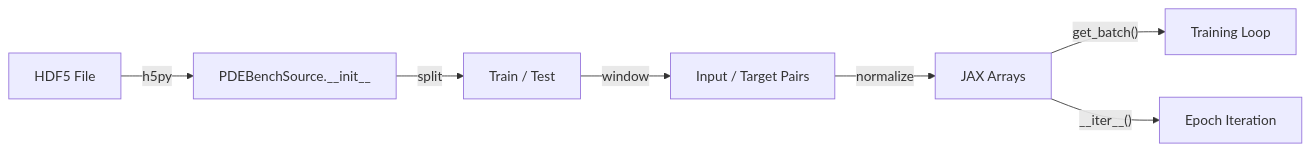
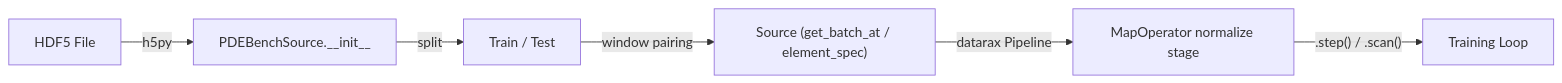
The diagram in docs/examples/data/pdebench-loading.md (avitai/opifex), drawn with Mermaid before and after one commit. The commit also changed other lines of this file and 124 other files, not shown here.

````diff
--- a/docs/examples/data/pdebench-loading.md
+++ b/docs/examples/data/pdebench-loading.md
@@ -64,9 +67,8 @@
 ```mermaid
 graph LR
     A["HDF5 File"] -->|h5py| B["PDEBenchSource.__init__"]
     B -->|split| C["Train / Test"]
-    C -->|window| D["Input / Target Pairs"]
-    D -->|normalize| E["JAX Arrays"]
-    E -->|"get_batch()"| F["Training Loop"]
-    E -->|"__iter__()"| G["Epoch Iteration"]
+    C -->|window pairing| D["Source (get_batch_at / element_spec)"]
+    D -->|datarax Pipeline| E["MapOperator normalize stage"]
+    E -->|".step() / .scan()"| F["Training Loop"]
 ```
````
